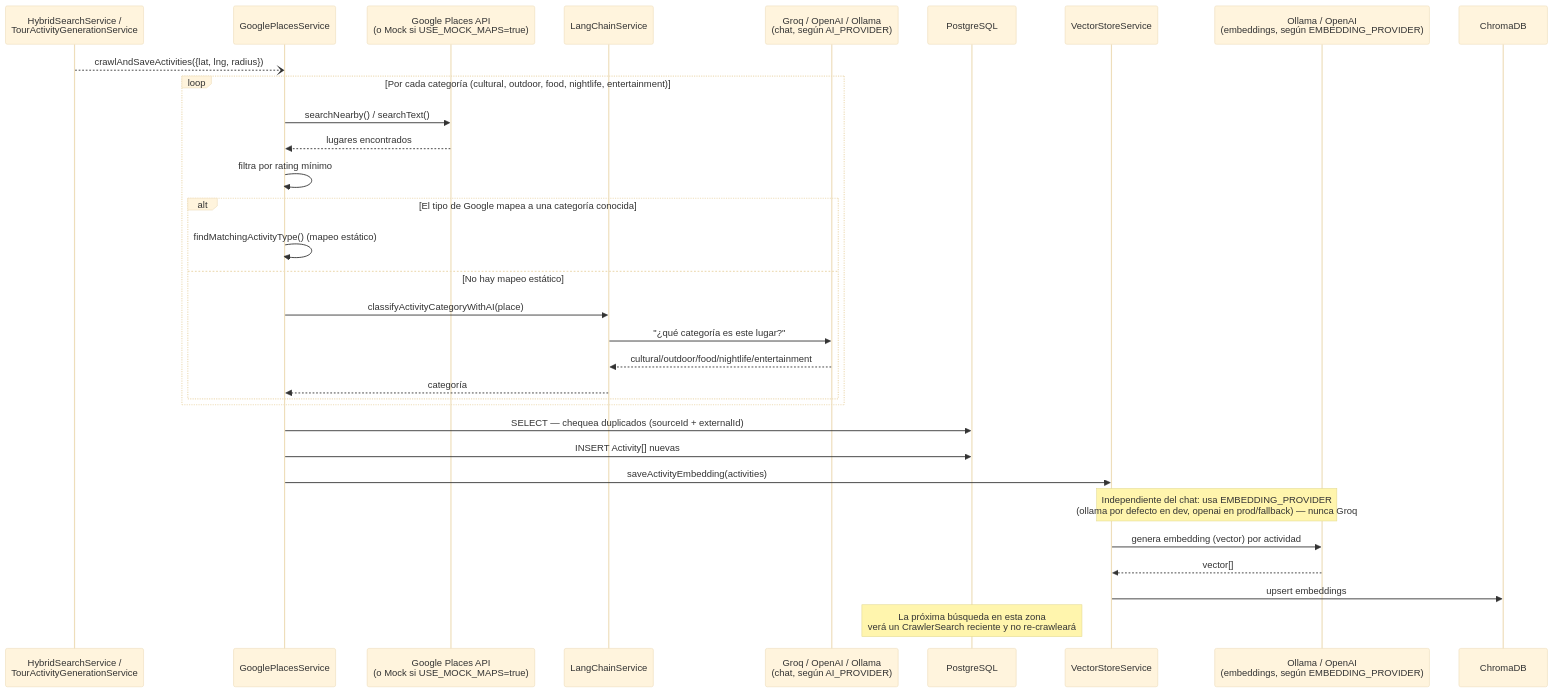
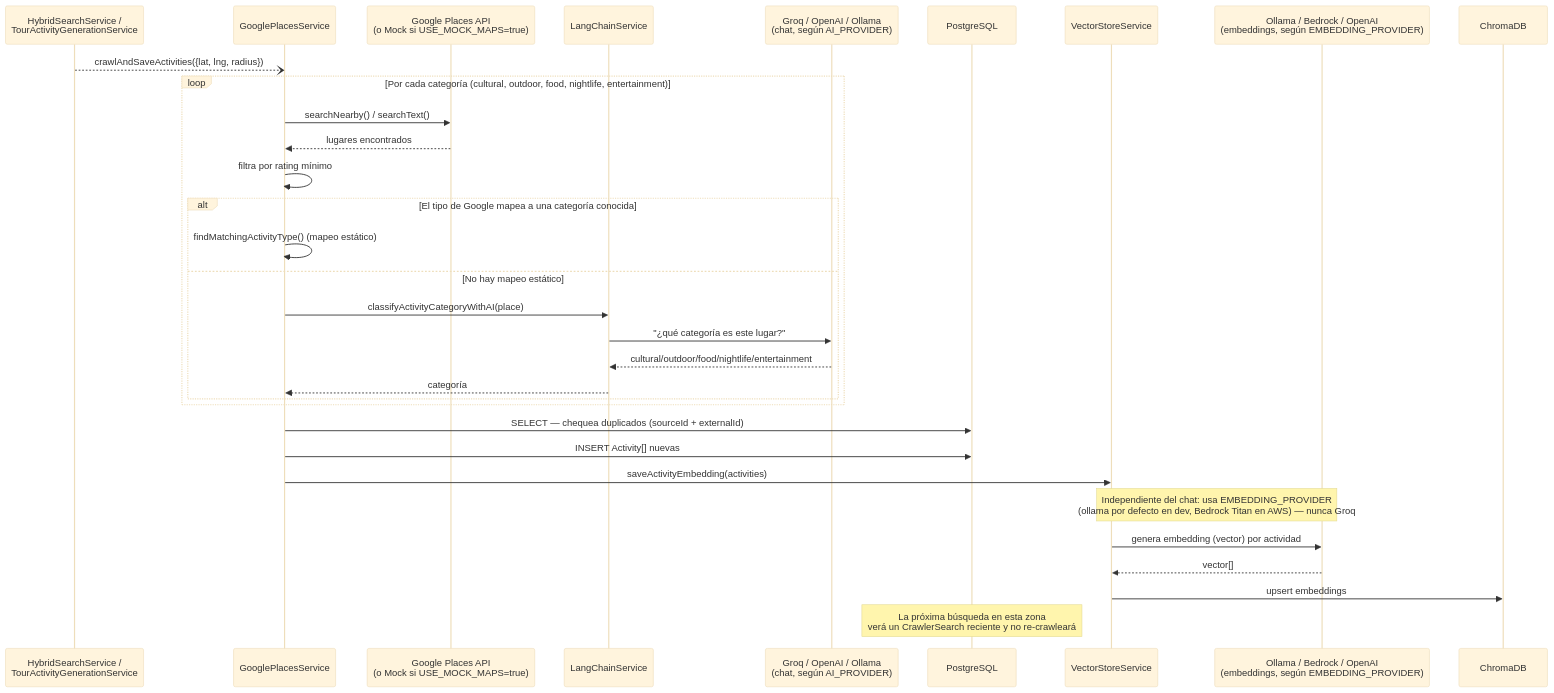
One commit to entity-builders-labs/zig-zag changed the fourth of 5 diagrams in README.md. Above: the diagram before and after it, drawn with Mermaid (base theme). The commit also changed other lines of this file and 46 other files, not shown here.

````diff
--- a/README.md
+++ b/README.md
@@ -162,35 +163,35 @@
 ```mermaid
 sequenceDiagram
     participant Caller as HybridSearchService /<br/>TourActivityGenerationService
     participant GP as GooglePlacesService
     participant GMaps as Google Places API<br/>(o Mock si USE_MOCK_MAPS=true)
     participant AI as LangChainService
     participant ChatLLM as Groq / OpenAI / Ollama<br/>(chat, según AI_PROVIDER)
     participant DB as PostgreSQL
     participant Vec as VectorStoreService
-    participant EmbedLLM as Ollama / OpenAI<br/>(embeddings, según EMBEDDING_PROVIDER)
+    participant EmbedLLM as Ollama / Bedrock / OpenAI<br/>(embeddings, según EMBEDDING_PROVIDER)
     participant Chroma as ChromaDB
 
     Caller--)GP: crawlAndSaveActivities({lat, lng, radius})
     loop Por cada categoría (cultural, outdoor, food, nightlife, entertainment)
         GP->>GMaps: searchNearby() / searchText()
         GMaps-->>GP: lugares encontrados
         GP->>GP: filtra por rating mínimo
         alt El tipo de Google mapea a una categoría conocida
             GP->>GP: findMatchingActivityType() (mapeo estático)
         else No hay mapeo estático
             GP->>AI: classifyActivityCategoryWithAI(place)
             AI->>ChatLLM: "¿qué categoría es este lugar?"
             ChatLLM-->>AI: cultural/outdoor/food/nightlife/entertainment
             AI-->>GP: categoría
         end
     end
     GP->>DB: SELECT — chequea duplicados (sourceId + externalId)
     GP->>DB: INSERT Activity[] nuevas
     GP->>Vec: saveActivityEmbedding(activities)
-    Note over Vec,EmbedLLM: Independiente del chat: usa EMBEDDING_PROVIDER<br/>(ollama por defecto en dev, openai en prod/fallback) — nunca Groq
+    Note over Vec,EmbedLLM: Independiente del chat: usa EMBEDDING_PROVIDER<br/>(ollama por defecto en dev, Bedrock Titan en AWS) — nunca Groq
     Vec->>EmbedLLM: genera embedding (vector) por actividad
     EmbedLLM-->>Vec: vector[]
     Vec->>Chroma: upsert embeddings
     Note over DB: La próxima búsqueda en esta zona<br/>verá un CrawlerSearch reciente y no re-crawleará
 ```
````
